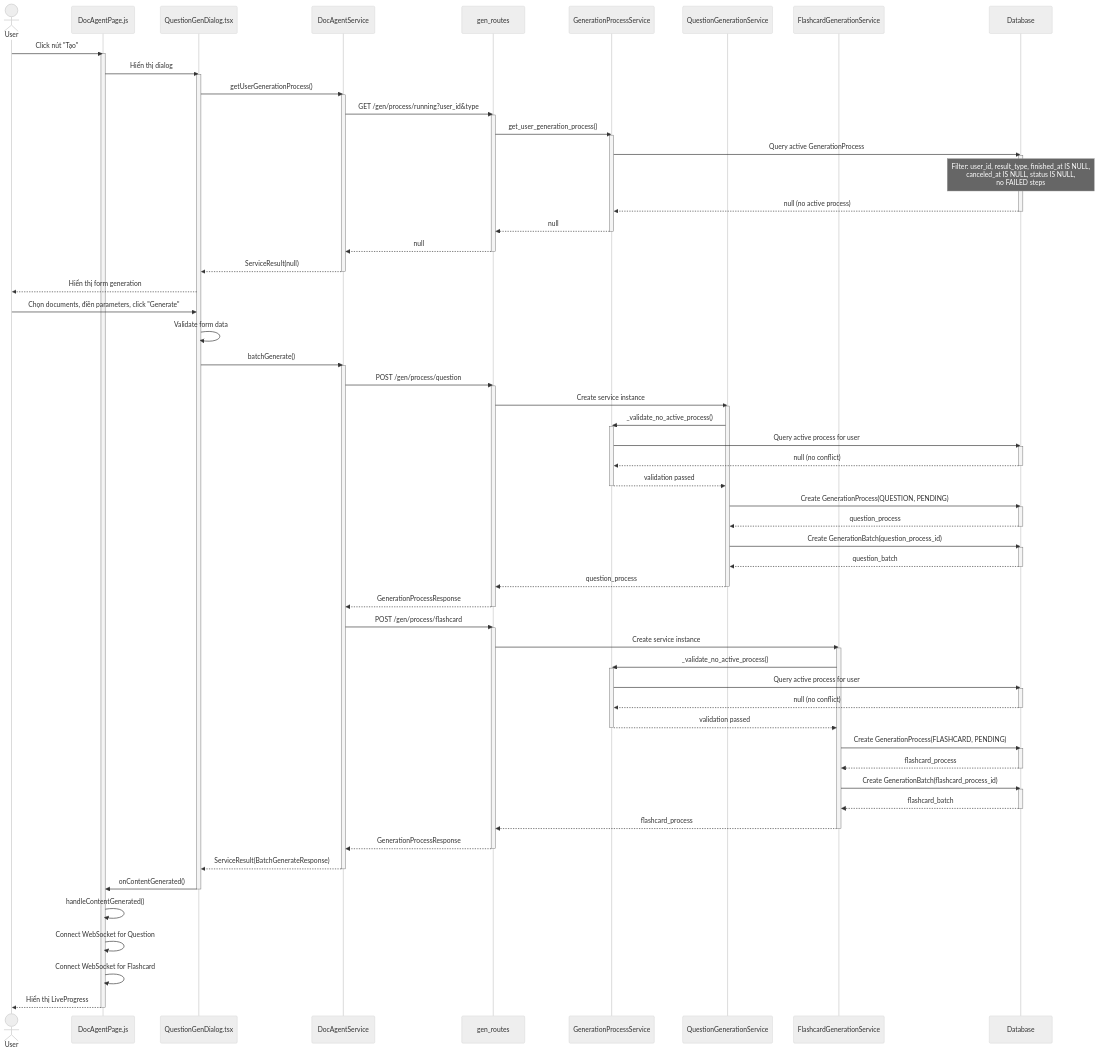
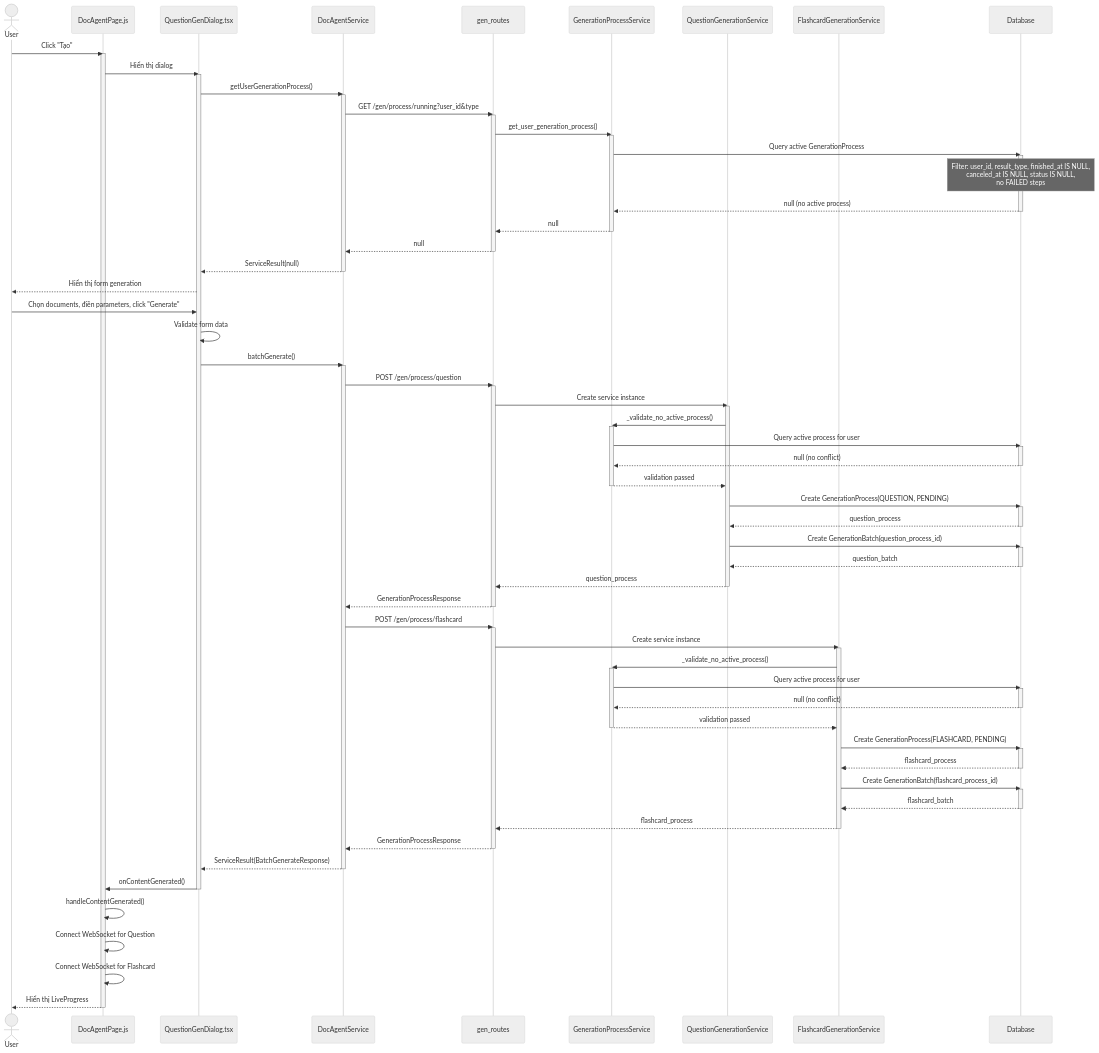
One commit to mduc-2610/gp_doc changed the first of 12 diagrams in generation/4_generation_batch_seq.md. Above: the diagram before and after it, drawn with Mermaid (neutral theme). The commit also changed 39 other files, not shown here.

Commit message:
add session sequence

```diff
--- a/generation/4_generation_batch_seq.md
+++ b/generation/4_generation_batch_seq.md
@@ -14,7 +14,7 @@
     participant FlashcardGenService as FlashcardGenerationService
     participant DB as Database
 
-    User->>DocAgentPage: Click nút "Tạo"
+    User->>DocAgentPage: Click "Tạo"
     activate DocAgentPage
     DocAgentPage->>QuestionGenDialog: Hiển thị dialog
     activate QuestionGenDialog
```
